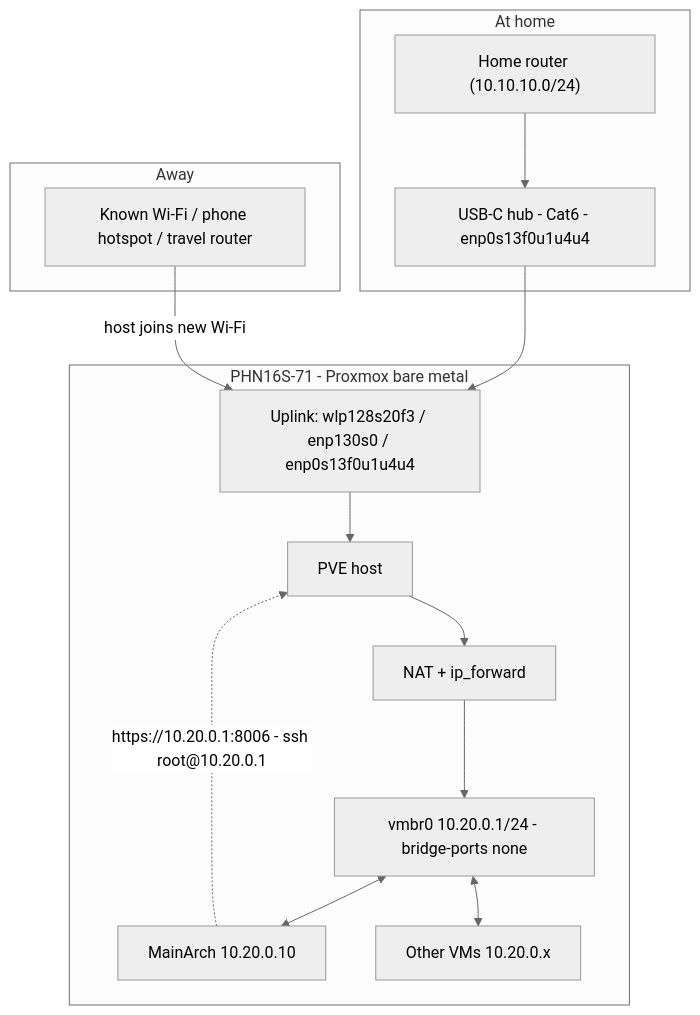
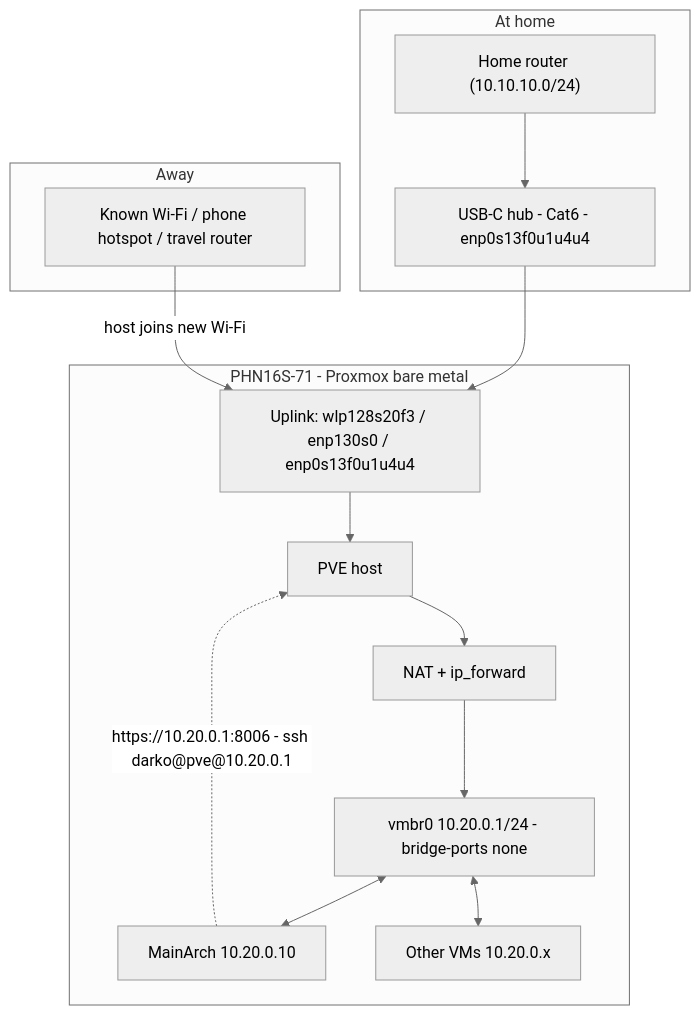
Before and after one commit to NasrullaAmeen/MySetup2026: the diagram in plan/networking.md, drawn with Mermaid (neutral theme). The commit also changed other lines of this file and 43 other files, not shown here.

````diff
--- a/plan/networking.md
+++ b/plan/networking.md
@@ -41,25 +41,25 @@
 ```mermaid
 flowchart TB
     subgraph HOME["At home"]
         HR["Home router (10.10.10.0/24)"]
         Hub["USB-C hub - Cat6 - enp0s13f0u1u4u4"]
         HR --> Hub
     end
     subgraph AWAY["Away"]
         NW["Known Wi-Fi / phone hotspot / travel router"]
     end
     subgraph LAPTOP["PHN16S-71 - Proxmox bare metal"]
         UP["Uplink: wlp128s20f3 / enp130s0 / enp0s13f0u1u4u4"]
         H["PVE host"]
         NAT["NAT + ip_forward"]
         BR["vmbr0 10.20.0.1/24 - bridge-ports none"]
         M["MainArch 10.20.0.10"]
         O["Other VMs 10.20.0.x"]
     end
     Hub --> UP
     NW -->|"host joins new Wi-Fi"| UP
     UP --> H --> NAT --> BR
     BR <--> M
     BR <--> O
-    M -.->|"https://10.20.0.1:8006 - ssh root@10.20.0.1"| H
+    M -.->|"https://10.20.0.1:8006 - ssh darko@pve@10.20.0.1"| H
 ```
````
